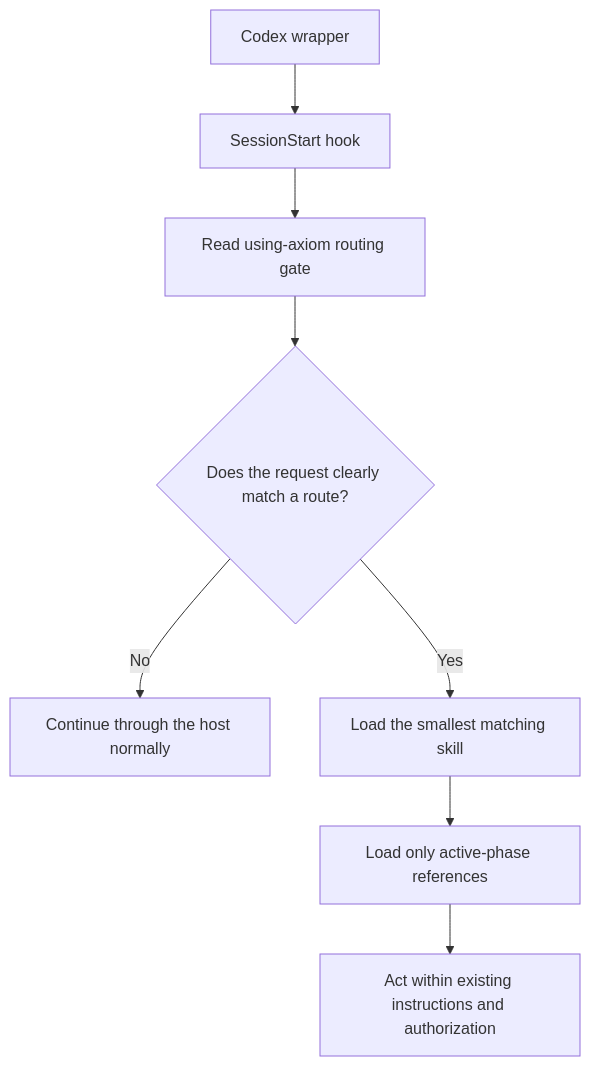
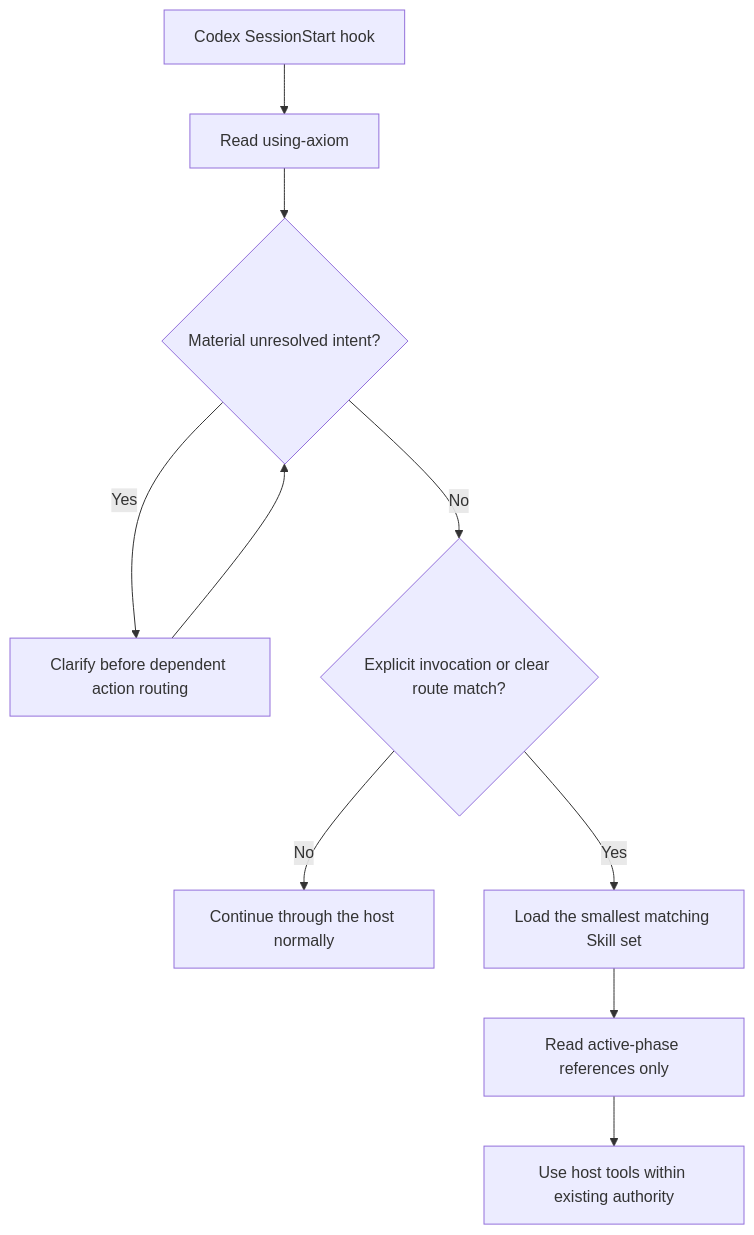
The diagram in docs/architecture.md (wheakerd/axiom), drawn with Mermaid before and after one commit. The commit also changed other lines of this file and 205 other files, not shown here.

````diff
--- a/docs/architecture.md
+++ b/docs/architecture.md
@@ -7,10 +8,12 @@
 ```mermaid
 flowchart TD
-    A["Codex wrapper"] --> B["SessionStart hook"]
-    B --> C["Read using-axiom routing gate"]
-    C --> D{"Does the request clearly match a route?"}
-    D -- "No" --> E["Continue through the host normally"]
-    D -- "Yes" --> F["Load the smallest matching skill"]
-    F --> G["Load only active-phase references"]
-    G --> H["Act within existing instructions and authorization"]
+    A["Codex SessionStart hook"] --> B["Read using-axiom"]
+    B --> C{"Material unresolved intent?"}
+    C -- "Yes" --> D["Clarify before dependent action routing"]
+    D --> C
+    C -- "No" --> E{"Explicit invocation or clear route match?"}
+    E -- "No" --> F["Continue through the host normally"]
+    E -- "Yes" --> G["Load the smallest matching Skill set"]
+    G --> H["Read active-phase references only"]
+    H --> I["Use host tools within existing authority"]
 ```
````
